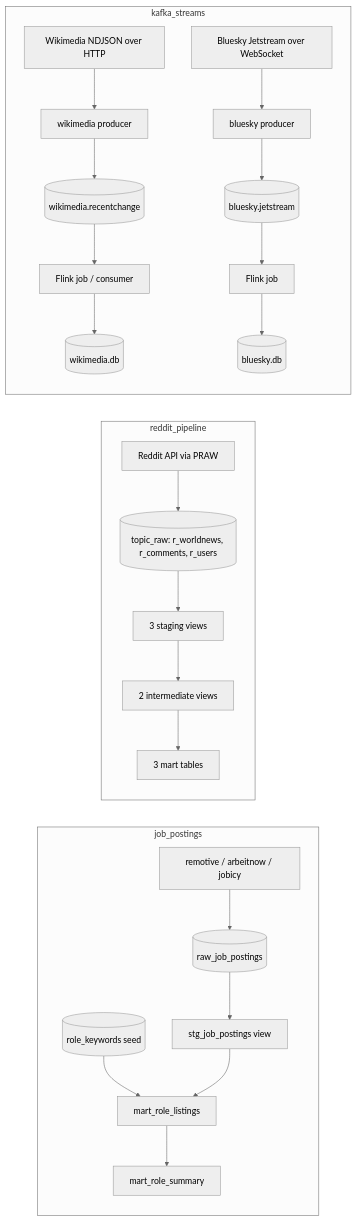
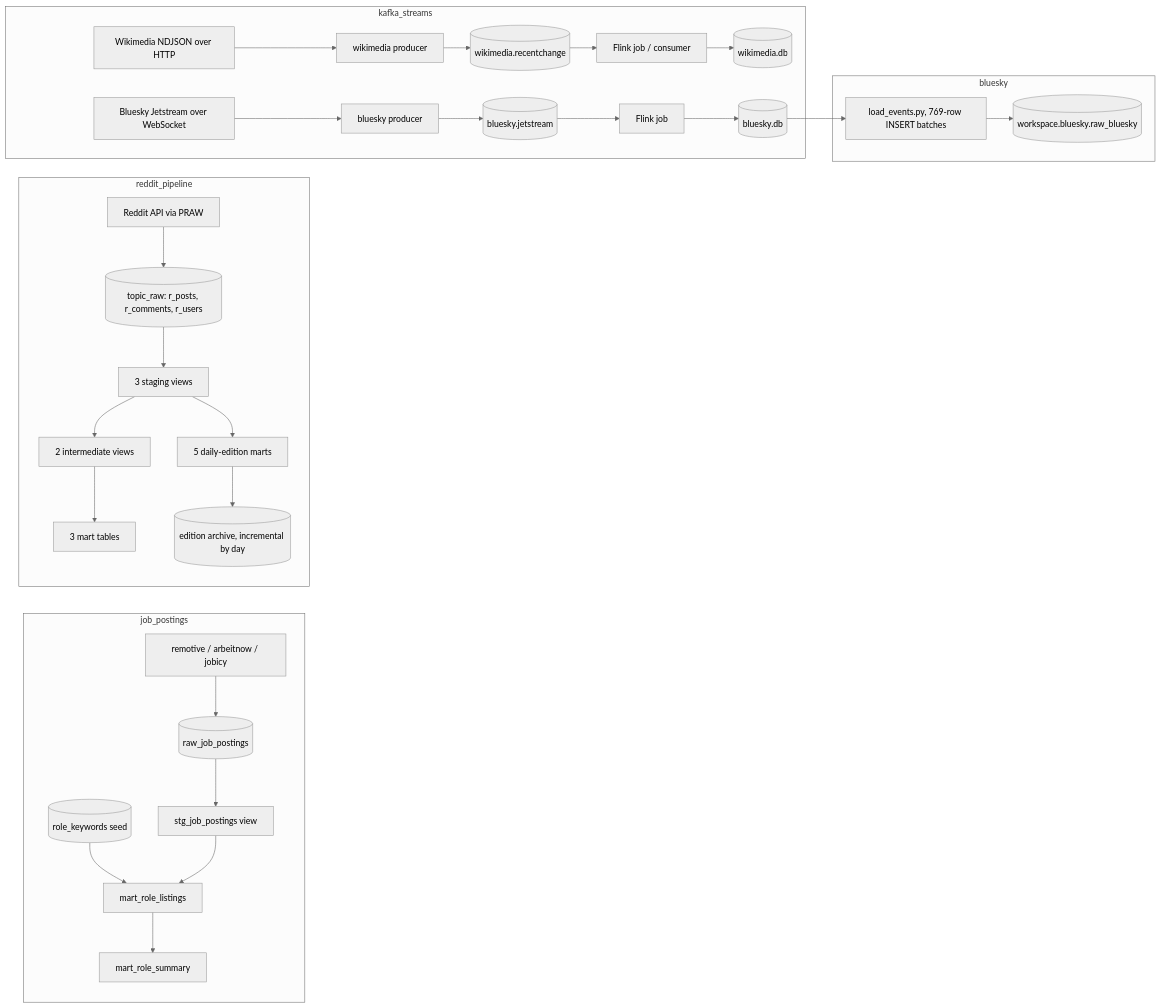
One commit to AmanLP7/dbt changed the diagram in AGENTS.md. Above: the diagram before and after it, drawn with Mermaid (neutral theme). The commit also changed other lines of this file, not shown here.

````diff
--- a/AGENTS.md
+++ b/AGENTS.md
@@ -96,17 +114,21 @@
 ```mermaid
 flowchart LR
   subgraph JP[job_postings]
     J1[remotive / arbeitnow / jobicy] --> J2[(raw_job_postings)]
     J3[(role_keywords seed)] --> J5[mart_role_listings]
     J2 --> J4[stg_job_postings view] --> J5
     J5 --> J6[mart_role_summary]
   end
   subgraph RD[reddit_pipeline]
-    R1[Reddit API via PRAW] --> R2[(topic_raw: r_worldnews, r_comments, r_users)]
+    R1[Reddit API via PRAW] --> R2[(topic_raw: r_posts, r_comments, r_users)]
     R2 --> R3[3 staging views] --> R4[2 intermediate views] --> R5[3 mart tables]
+    R3 --> R6[5 daily-edition marts] --> R7[(edition archive, incremental by day)]
   end
   subgraph KS[kafka_streams]
     K1[Wikimedia NDJSON over HTTP] --> K2[wikimedia producer] --> K3[(wikimedia.recentchange)] --> K4[Flink job / consumer] --> K5[(wikimedia.db)]
     K6[Bluesky Jetstream over WebSocket] --> K7[bluesky producer] --> K8[(bluesky.jetstream)] --> K9[Flink job] --> K10[(bluesky.db)]
   end
+  subgraph BS[bluesky]
+    K10 --> B1[load_events.py, 769-row INSERT batches] --> B2[(workspace.bluesky.raw_bluesky)]
+  end
 ```
````
